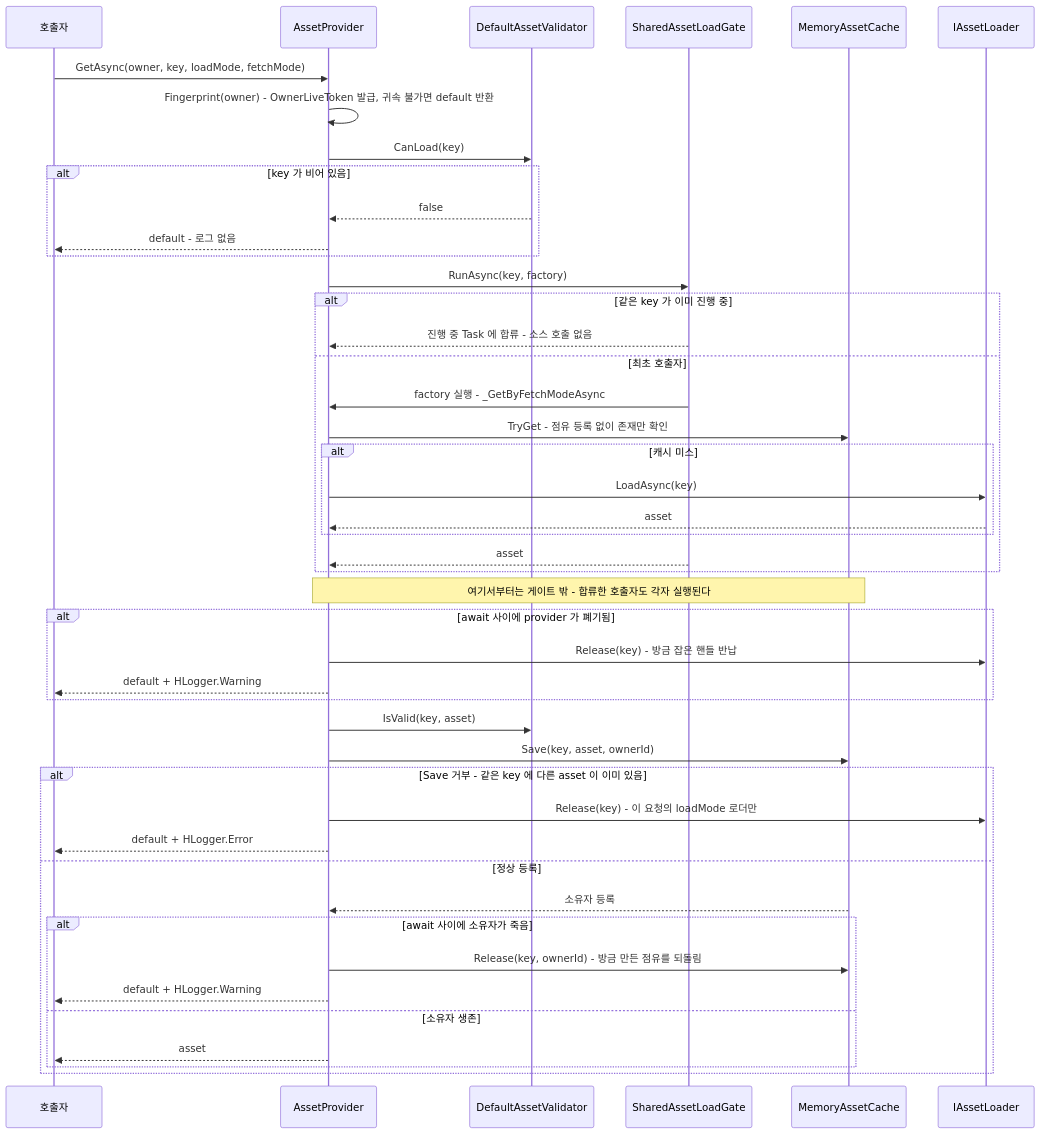
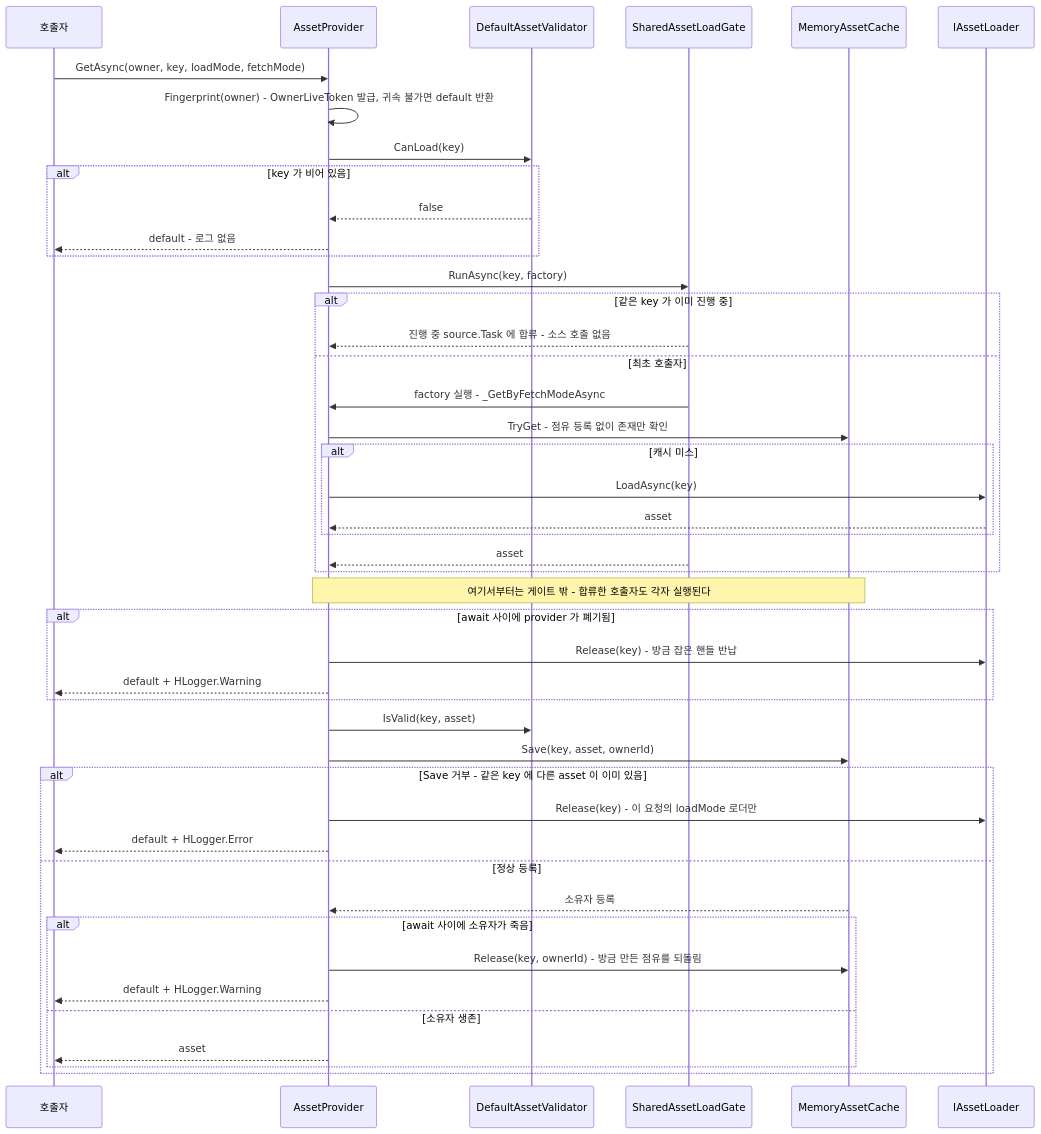
The second of 3 diagrams in HResource/Runtime/README.md (HoHong123/HCUP-Unity), drawn with Mermaid before and after one commit. The commit also changed other lines of this file, not shown here.

Commit message:
[Docs] 📝 21.09.26 Update the gate description in HResource Runtime README

````diff
--- a/HResource/Runtime/README.md
+++ b/HResource/Runtime/README.md
@@ -142,48 +142,48 @@
 ```mermaid
 sequenceDiagram
     participant C as 호출자
     participant P as AssetProvider
     participant V as DefaultAssetValidator
     participant G as SharedAssetLoadGate
     participant M as MemoryAssetCache
     participant L as IAssetLoader
 
     C->>P: GetAsync(owner, key, loadMode, fetchMode)
     P->>P: Fingerprint(owner) - OwnerLiveToken 발급, 귀속 불가면 default 반환
     P->>V: CanLoad(key)
     alt key 가 비어 있음
         V-->>P: false
         P-->>C: default - 로그 없음
     end
     P->>G: RunAsync(key, factory)
     alt 같은 key 가 이미 진행 중
-        G-->>P: 진행 중 Task 에 합류 - 소스 호출 없음
+        G-->>P: 진행 중 source.Task 에 합류 - 소스 호출 없음
     else 최초 호출자
         G->>P: factory 실행 - _GetByFetchModeAsync
         P->>M: TryGet - 점유 등록 없이 존재만 확인
         alt 캐시 미스
             P->>L: LoadAsync(key)
             L-->>P: asset
         end
         G-->>P: asset
     end
     Note over P,M: 여기서부터는 게이트 밖 - 합류한 호출자도 각자 실행된다
     alt await 사이에 provider 가 폐기됨
         P->>L: Release(key) - 방금 잡은 핸들 반납
         P-->>C: default + HLogger.Warning
     end
     P->>V: IsValid(key, asset)
     P->>M: Save(key, asset, ownerId)
     alt Save 거부 - 같은 key 에 다른 asset 이 이미 있음
         P->>L: Release(key) - 이 요청의 loadMode 로더만
         P-->>C: default + HLogger.Error
     else 정상 등록
         M-->>P: 소유자 등록
         alt await 사이에 소유자가 죽음
             P->>M: Release(key, ownerId) - 방금 만든 점유를 되돌림
             P-->>C: default + HLogger.Warning
         else 소유자 생존
             P-->>C: asset
         end
     end
 ```
````
